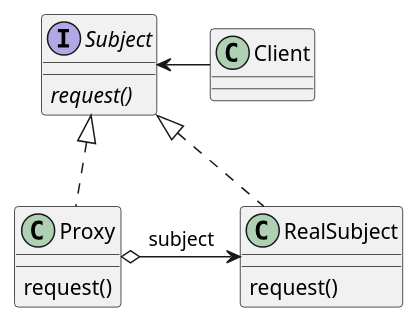
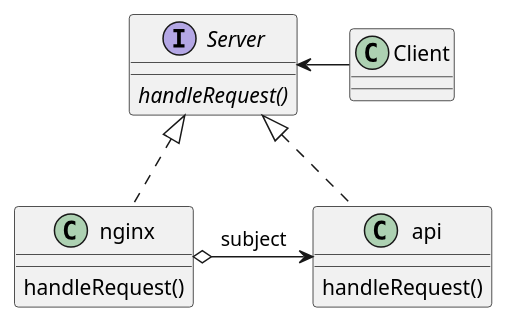
Before and after one commit to aryeht/grok-design-patterns: the diagram in proxy/nginx.puml, drawn with PlantUML. The commit also changed 1 other file, not shown here.

```diff
--- a/proxy/nginx.puml
+++ b/proxy/nginx.puml
@@ -1,26 +1,25 @@
 @startuml
 
 together {
     class Client
-    interface Subject
+    interface Server
 }
 
-interface Subject {
-    {abstract} request()
+interface Server {
+    {abstract} handleRequest()
 }
 
-Subject <- Client
+Server <- Client
 
 together {
-    class Proxy
-    class RealSubject
+    class api
+    class nginx
 }
 
-Proxy : request()
-RealSubject : request()
+api : handleRequest()
+nginx : handleRequest()
 
-Subject <|.. Proxy
-Subject <|.. RealSubject
-
-Proxy o-> RealSubject : subject
+Server <|.. api
+Server <|.. nginx
+nginx o-> api : subject
 @endum
```
